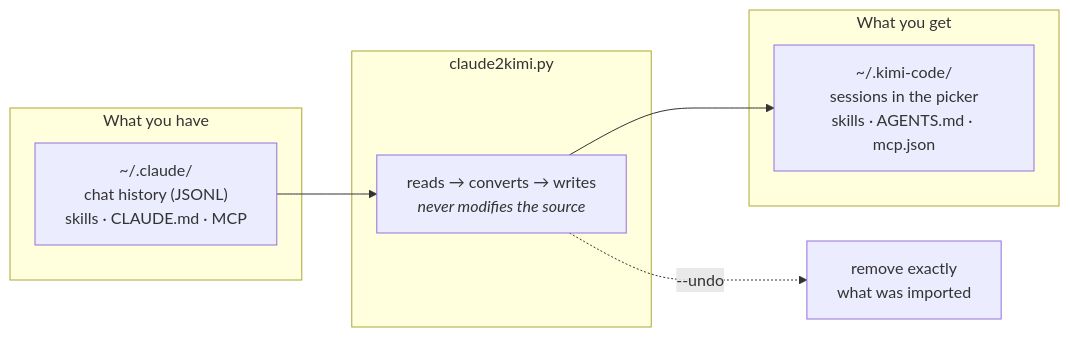
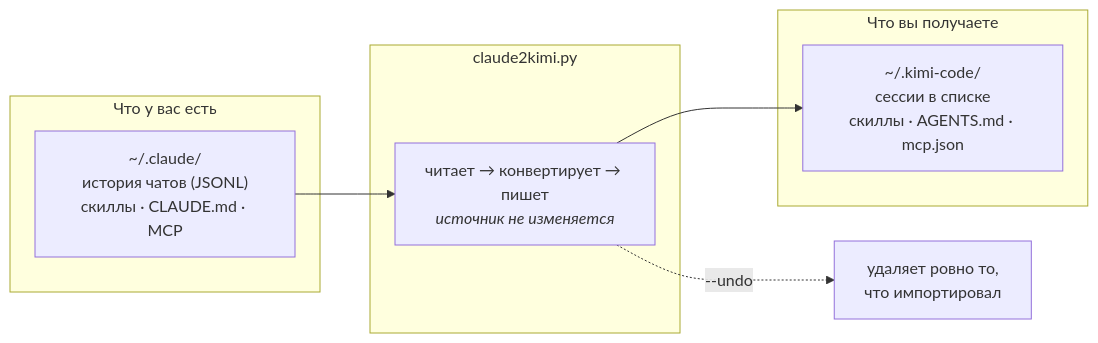
One commit to QweRezX/claude-migrate-kimi changed the diagram in README.md. Above: the diagram before and after it, drawn with Mermaid. The commit also changed other lines of this file and 5 other files, not shown here.

````diff
--- a/README.md
+++ b/README.md
@@ -16,14 +16,14 @@
 ```mermaid
 flowchart LR
-    subgraph before["What you have"]
-        A["~/.claude/<br>chat history (JSONL)<br>skills · CLAUDE.md · MCP"]
+    subgraph before["Что у вас есть"]
+        A["~/.claude/<br>история чатов (JSONL)<br>скиллы · CLAUDE.md · MCP"]
     end
     subgraph tool["claude2kimi.py"]
-        B["reads → converts → writes<br><i>never modifies the source</i>"]
+        B["читает → конвертирует → пишет<br><i>источник не изменяется</i>"]
     end
-    subgraph after["What you get"]
-        C["~/.kimi-code/<br>sessions in the picker<br>skills · AGENTS.md · mcp.json"]
+    subgraph after["Что вы получаете"]
+        C["~/.kimi-code/<br>сессии в списке<br>скиллы · AGENTS.md · mcp.json"]
     end
     A --> B --> C
-    B -.->|"--undo"| D["remove exactly<br>what was imported"]
+    B -.->|"--undo"| D["удаляет ровно то,<br>что импортировал"]
 ```
````
